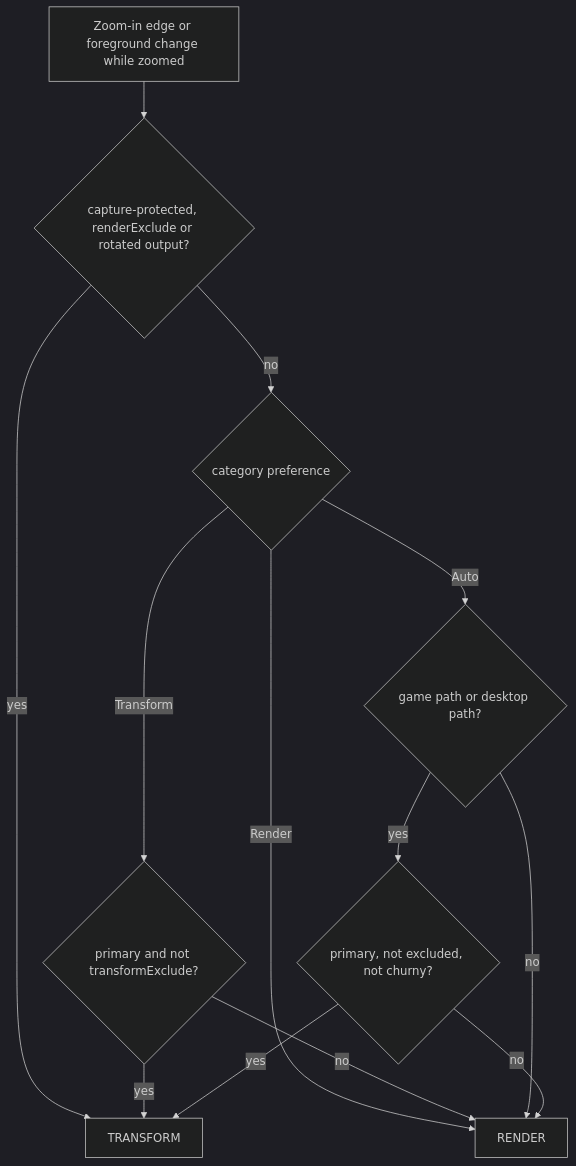
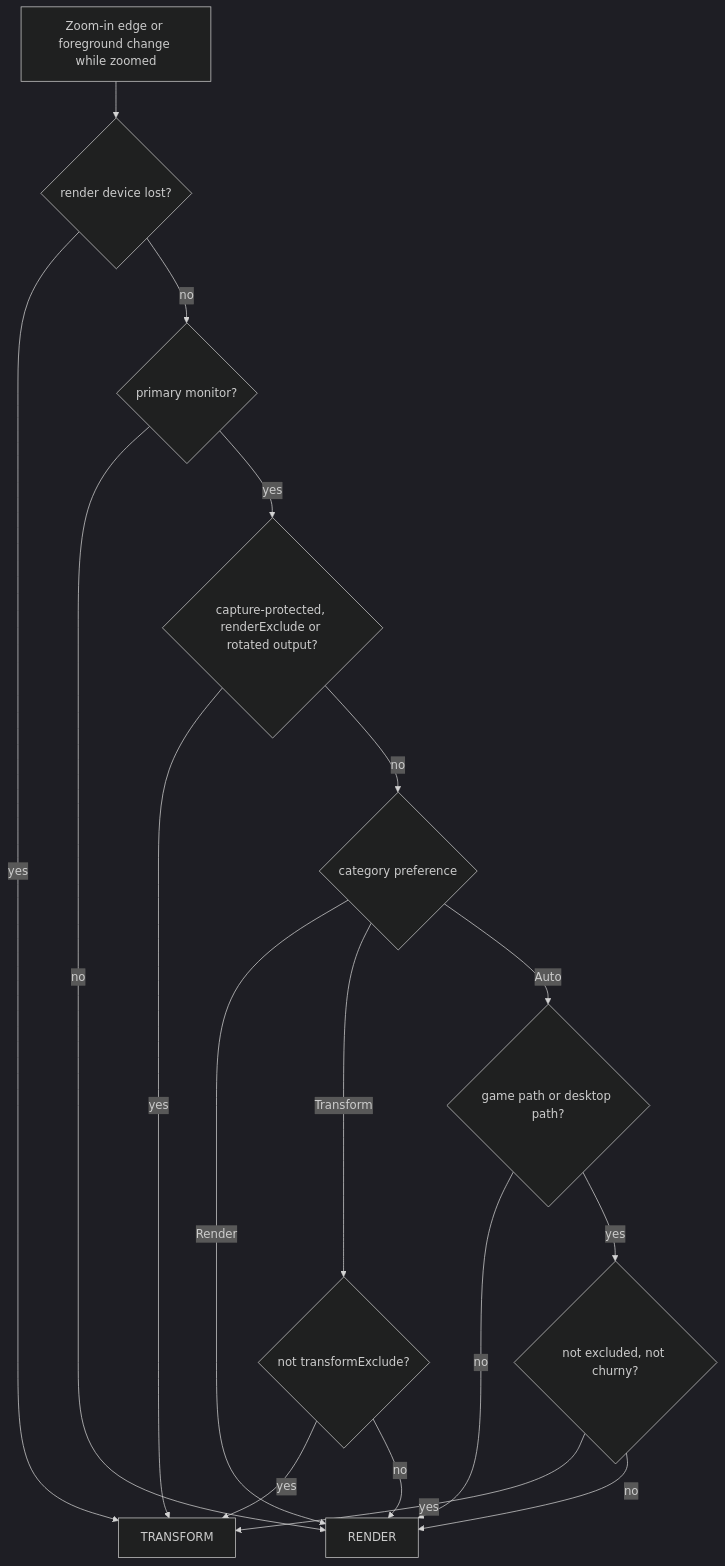
Before and after one commit to Maxaubert/Wind: the diagram in docs/architecture/03-engines.md, drawn with Mermaid (dark theme). The commit also changed other lines of this file and 21 other files, not shown here.

First line of the commit message:
fix(engines,track): review findings: crop debt, non-primary transform, device-lost failover, Java bridge, capture retries (#497) (#503)

````diff
--- a/docs/architecture/03-engines.md
+++ b/docs/architecture/03-engines.md
@@ -79,15 +87,19 @@
 ```mermaid
 flowchart TD
-    A[Zoom-in edge or foreground change while zoomed] --> D{capture-protected, renderExclude or rotated output?}
+    A[Zoom-in edge or foreground change while zoomed] --> L{render device lost?}
+    L -- yes --> T
+    L -- no --> M{primary monitor?}
+    M -- no --> R
+    M -- yes --> D{capture-protected, renderExclude or rotated output?}
     D -- yes --> T[TRANSFORM]
     D -- no --> PR{category preference}
     PR -- Render --> R[RENDER]
-    PR -- Transform --> PX{primary and not transformExclude?}
+    PR -- Transform --> PX{not transformExclude?}
     PX -- yes --> T
     PX -- no --> R
     PR -- Auto --> B{game path or desktop path?}
     B -- no --> R
-    B -- yes --> P{primary, not excluded, not churny?}
+    B -- yes --> P{not excluded, not churny?}
     P -- yes --> T
     P -- no --> R
 ```
````
